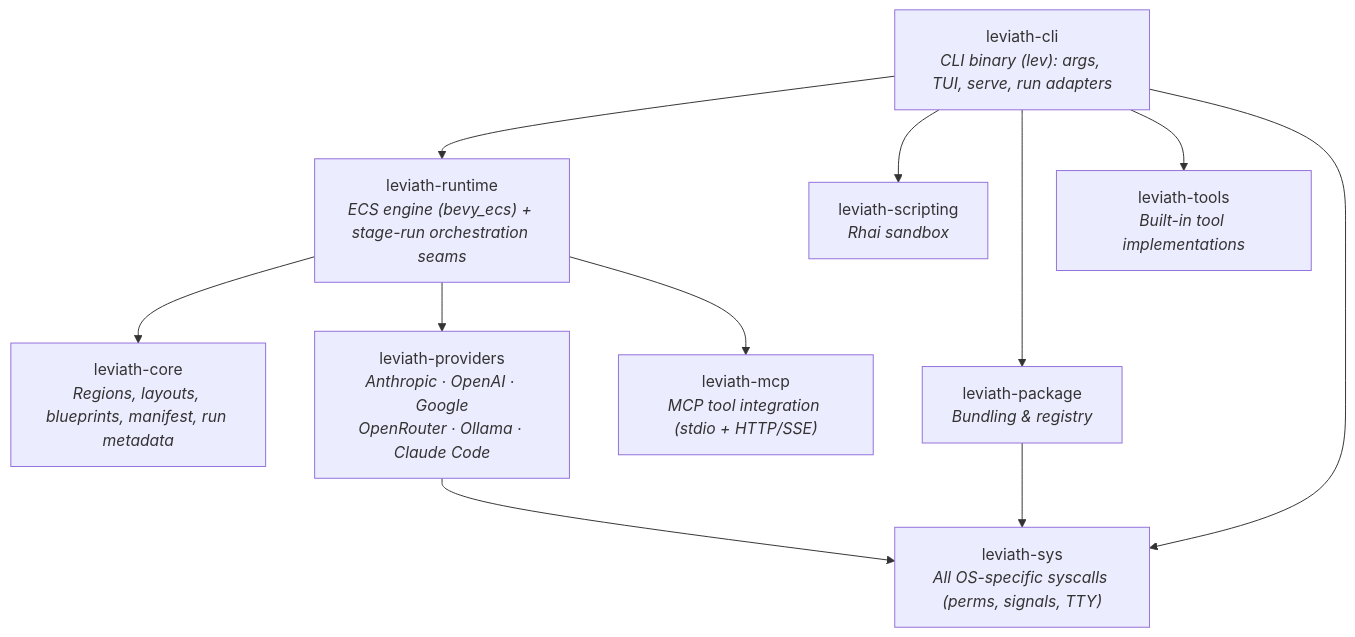
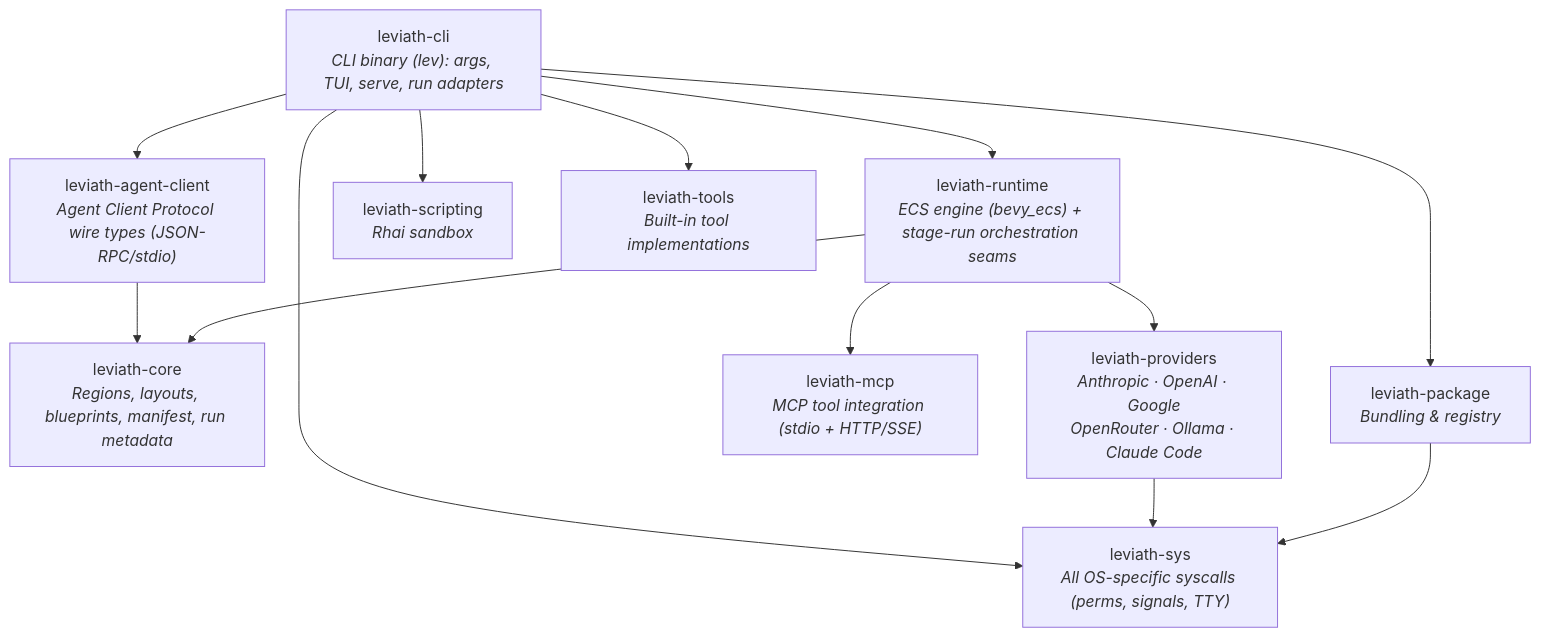
Before and after one commit to GEMISIS/leviath: the diagram in README.md, drawn with Mermaid. The commit also changed other lines of this file and 13 other files, not shown here.

````diff
--- a/README.md
+++ b/README.md
@@ -354,23 +378,26 @@
 ```mermaid
 graph TD
     CLI["leviath-cli<br/><i>CLI binary (lev): args, TUI, serve, run adapters</i>"]
     RT["leviath-runtime<br/><i>ECS engine (bevy_ecs) + stage-run orchestration seams</i>"]
     CORE["leviath-core<br/><i>Regions, layouts, blueprints, manifest, run metadata</i>"]
+    ACP["leviath-agent-client<br/><i>Agent Client Protocol wire types (JSON-RPC/stdio)</i>"]
     PROV["leviath-providers<br/><i>Anthropic · OpenAI · Google<br/>OpenRouter · Ollama · Claude Code</i>"]
     MCP["leviath-mcp<br/><i>MCP tool integration (stdio + HTTP/SSE)</i>"]
     SCRIPT["leviath-scripting<br/><i>Rhai sandbox</i>"]
     PKG["leviath-package<br/><i>Bundling & registry</i>"]
     TOOLS["leviath-tools<br/><i>Built-in tool implementations</i>"]
     SYS["leviath-sys<br/><i>All OS-specific syscalls (perms, signals, TTY)</i>"]
 
     CLI --> RT
+    CLI --> ACP
+    ACP --> CORE
     CLI --> SCRIPT
     CLI --> PKG
     CLI --> TOOLS
     CLI --> SYS
     RT --> CORE
     RT --> PROV
     RT --> MCP
     PROV --> SYS
     PKG --> SYS
 ```
````
